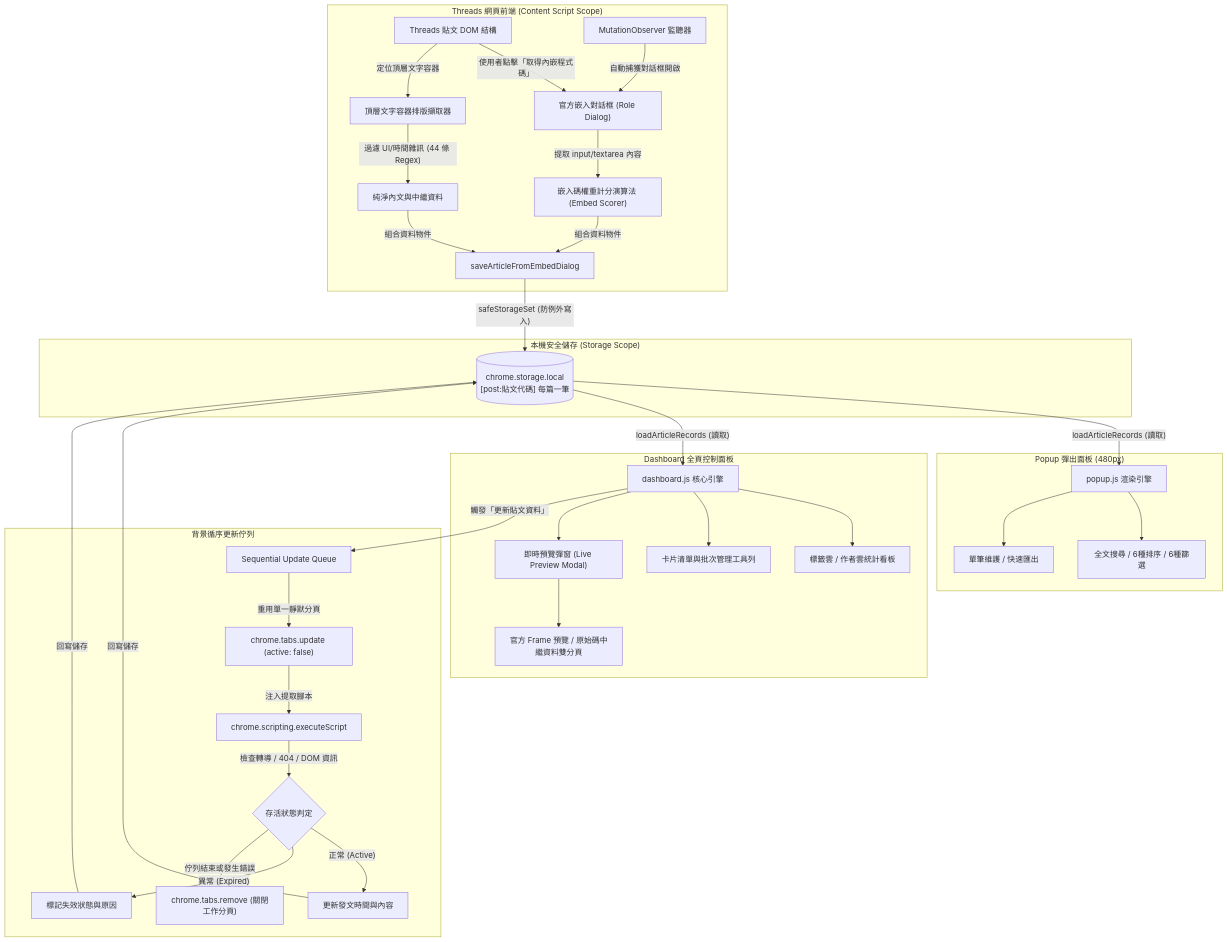
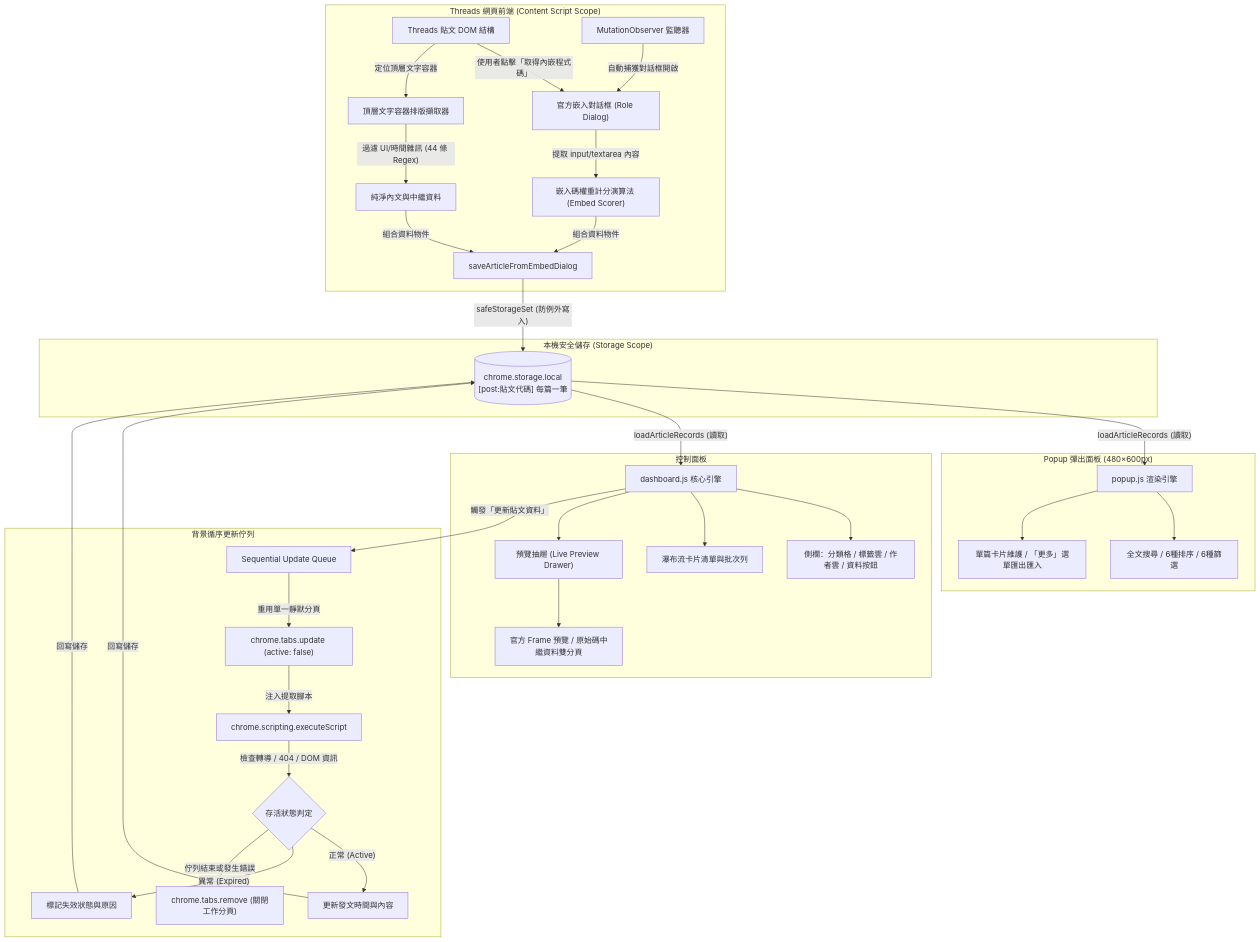
Before and after one commit to Scorpio-meow/Threadkeep: the second of 5 diagrams in README.md, drawn with Mermaid. The commit also changed other lines of this file and 26 other files, not shown here.

````diff
--- a/README.md
+++ b/README.md
@@ -343,40 +366,40 @@
 ```mermaid
 flowchart TD
     subgraph ClientThreadsPage["Threads 網頁前端 (Content Script Scope)"]
         A["Threads 貼文 DOM 結構"] -->|"使用者點擊「取得內嵌程式碼」"| B["官方嵌入對話框 (Role Dialog)"]
         C["MutationObserver 監聽器"] -->|"自動捕獲對話框開啟"| B
         B -->|"提取 input/textarea 內容"| D["嵌入碼權重計分演算法 (Embed Scorer)"]
         A -->|"定位頂層文字容器"| E["頂層文字容器排版擷取器"]
         E -->|"過濾 UI/時間雜訊 (44 條 Regex)"| F["純淨內文與中繼資料"]
         D & F -->|"組合資料物件"| G["saveArticleFromEmbedDialog"]
     end
 
     subgraph LocalDatabase["本機安全儲存 (Storage Scope)"]
         G -->|"safeStorageSet (防例外寫入)"| H[("chrome.storage.local\n[post:貼文代碼] 每篇一筆")]
     end
 
-    subgraph PopupView["Popup 彈出面板 (480px)"]
+    subgraph PopupView["Popup 彈出面板 (480×600px)"]
         H -->|"loadArticleRecords (讀取)"| I["popup.js 渲染引擎"]
         I --> J["全文搜尋 / 6種排序 / 6種篩選"]
-        I --> K["單筆維護 / 快速匯出"]
+        I --> K["單篇卡片維護 / 「更多」選單匯出匯入"]
     end
 
-    subgraph DashboardView["Dashboard 全頁控制面板"]
+    subgraph DashboardView["控制面板"]
         H -->|"loadArticleRecords (讀取)"| L["dashboard.js 核心引擎"]
-        L --> M["標籤雲 / 作者雲統計看板"]
-        L --> N["卡片清單與批次管理工具列"]
-        L --> O["即時預覽彈窗 (Live Preview Modal)"]
+        L --> M["側欄：分類格 / 標籤雲 / 作者雲 / 資料按鈕"]
+        L --> N["瀑布流卡片清單與批次列"]
+        L --> O["預覽抽屜 (Live Preview Drawer)"]
         O --> P["官方 Frame 預覽 / 原始碼中繼資料雙分頁"]
     end
 
     subgraph BackgroundQueue["背景循序更新佇列"]
         L -->|"觸發「更新貼文資料」"| Q["Sequential Update Queue"]
         Q -->|"重用單一靜默分頁"| R["chrome.tabs.update (active: false)"]
         R -->|"注入提取腳本"| S["chrome.scripting.executeScript"]
         S -->|"檢查轉導 / 404 / DOM 資訊"| T{"存活狀態判定"}
         T -->|"正常 (Active)"| U["更新發文時間與內容"]
         T -->|"異常 (Expired)"| V["標記失效狀態與原因"]
         U & V -->|"回寫儲存"| H
         T -->|"佇列結束或發生錯誤"| W["chrome.tabs.remove (關閉工作分頁)"]
     end
 ```
````
